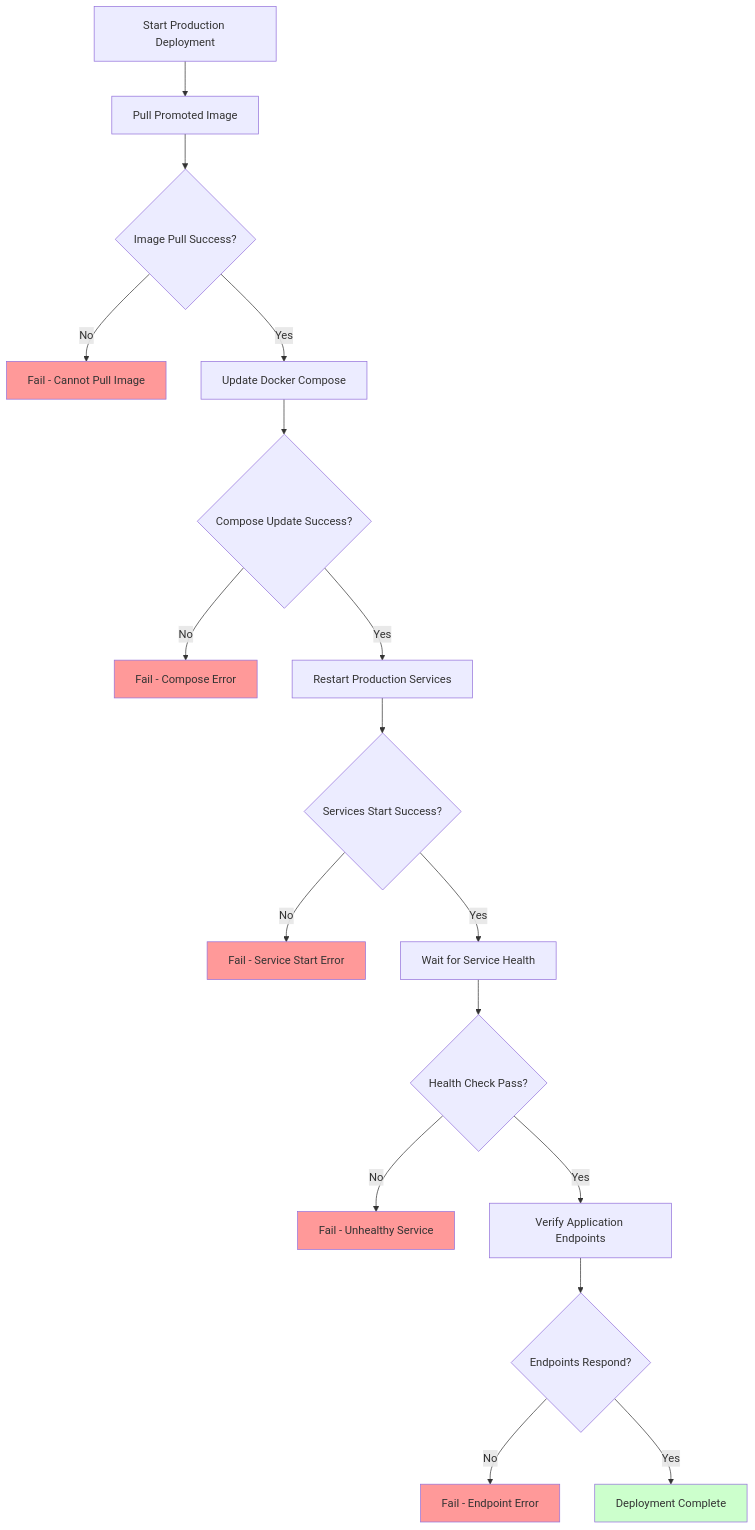
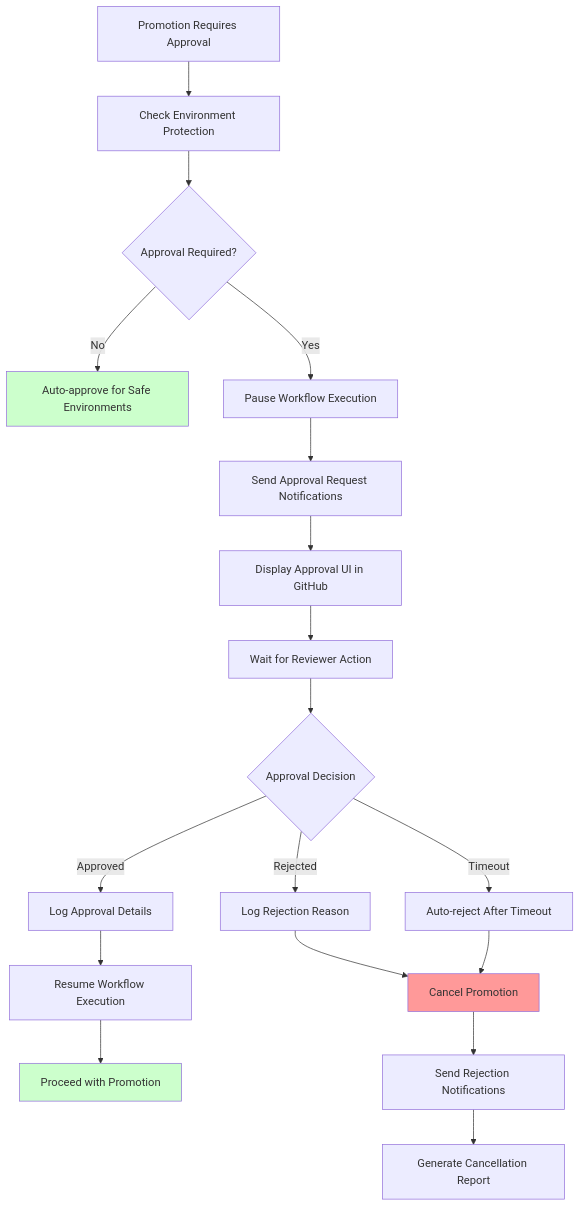
Before and after one commit to bxmty/dotca: the fifth of 6 diagrams in docs/image-promotion-workflow.md, drawn with Mermaid. The commit also changed other lines of this file and 1 other file, not shown here.

````diff
--- a/docs/image-promotion-workflow.md
+++ b/docs/image-promotion-workflow.md
@@ -97,30 +208,29 @@
 ```mermaid
 flowchart TD
-    A[Start Production Deployment] --> B[Pull Promoted Image]
-    B --> C{Image Pull Success?}
-    C -->|No| D[Fail - Cannot Pull Image]
-    C -->|Yes| E[Update Docker Compose]
-    
-    E --> F{Compose Update Success?}
-    F -->|No| G[Fail - Compose Error]
-    F -->|Yes| H[Restart Production Services]
-    
-    H --> I{Services Start Success?}
-    I -->|No| J[Fail - Service Start Error]
-    I -->|Yes| K[Wait for Service Health]
-    
-    K --> L{Health Check Pass?}
-    L -->|No| M[Fail - Unhealthy Service]
-    L -->|Yes| N[Verify Application Endpoints]
-    
-    N --> O{Endpoints Respond?}
-    O -->|No| P[Fail - Endpoint Error]
-    O -->|Yes| Q[Deployment Complete]
-    
-    style D fill:#ff9999
-    style G fill:#ff9999
-    style J fill:#ff9999
-    style M fill:#ff9999
-    style P fill:#ff9999
-    style Q fill:#ccffcc
+    A[Promotion Requires Approval] --> B[Check Environment Protection]
+    B --> C{Approval Required?}
+
+    C -->|No| D[Auto-approve for Safe Environments]
+    C -->|Yes| E[Pause Workflow Execution]
+
+    E --> F[Send Approval Request Notifications]
+    F --> G[Display Approval UI in GitHub]
+    G --> H[Wait for Reviewer Action]
+
+    H --> I{Approval Decision}
+    I -->|Approved| J[Log Approval Details]
+    I -->|Rejected| K[Log Rejection Reason]
+    I -->|Timeout| L[Auto-reject After Timeout]
+
+    J --> M[Resume Workflow Execution]
+    M --> N[Proceed with Promotion]
+
+    K --> O[Cancel Promotion]
+    L --> O
+    O --> P[Send Rejection Notifications]
+    P --> Q[Generate Cancellation Report]
+
+    style D fill:#ccffcc
+    style N fill:#ccffcc
+    style O fill:#ff9999
 ```
````
